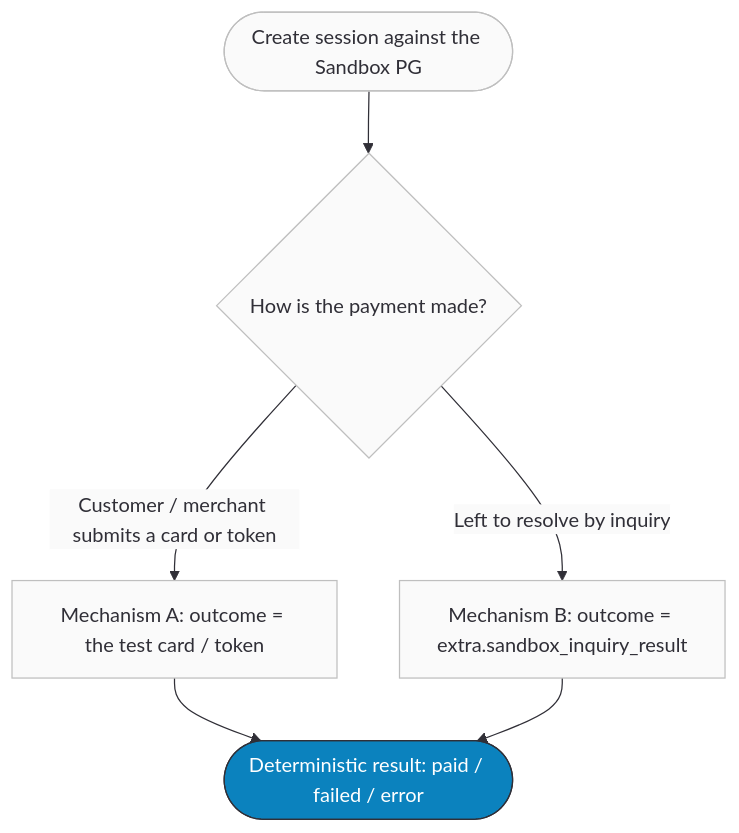
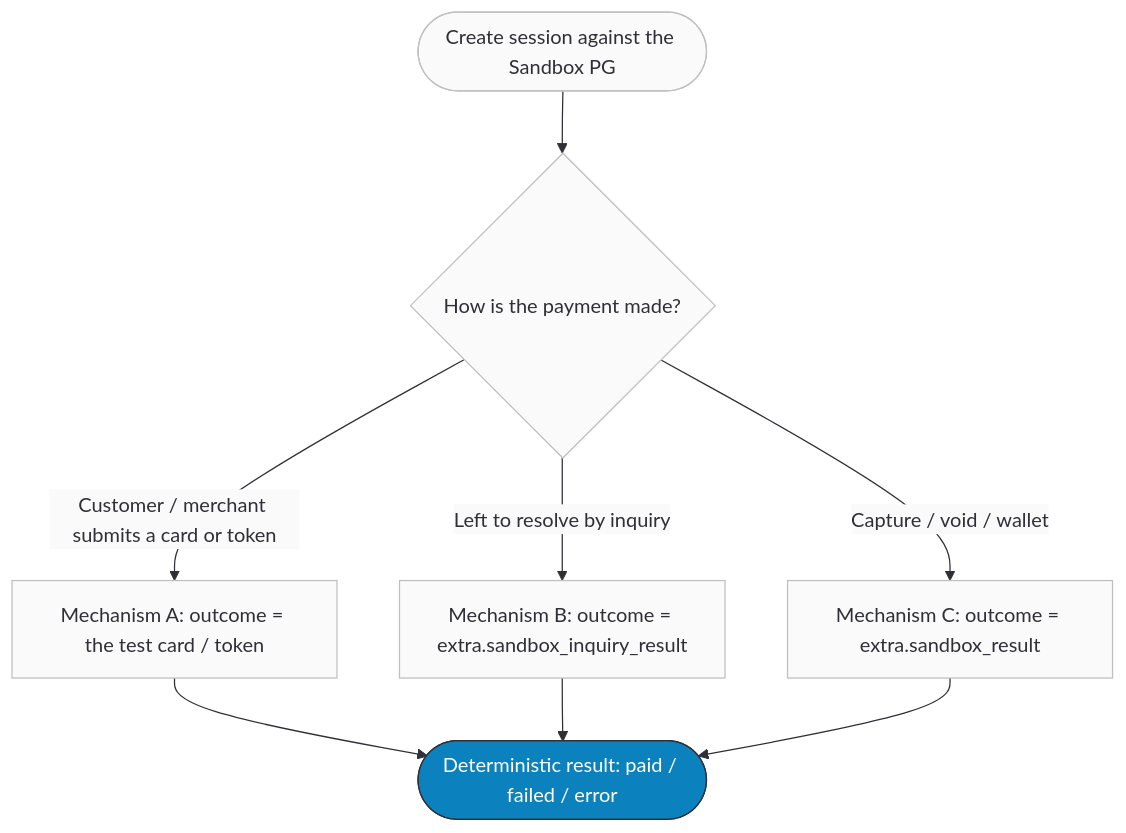
The first of 2 diagrams in docs/developers/payments/ottu-sandbox.mdx (ottuco/docs), drawn with Mermaid before and after one commit. The commit also changed other lines of this file, not shown here.

First line of the commit message:
docs(payments): document mimic PG + capture/void/wallets on Ottu Sandbox

````diff
--- a/docs/developers/payments/ottu-sandbox.mdx
+++ b/docs/developers/payments/ottu-sandbox.mdx
@@ -43,12 +45,14 @@
 ```mermaid
 %%{init: {"theme": "base", "themeVariables": {"background": "#F4F4F4", "primaryColor": "#FAFAFA", "primaryTextColor": "#302F37", "primaryBorderColor": "#BFBFBF", "lineColor": "#302F37", "secondaryColor": "#FAFAFA", "tertiaryColor": "#FAFAFA"}}}%%
 graph TD
     A([Create session against the Sandbox PG]) --> B{How is the payment made?}
     B -->|Customer / merchant submits a card or token| C[Mechanism A: outcome = the test card / token]
     B -->|Left to resolve by inquiry| D[Mechanism B: outcome = extra.sandbox_inquiry_result]
+    B -->|Capture / void / wallet| F[Mechanism C: outcome = extra.sandbox_result]
     C --> E([Deterministic result: paid / failed / error])
     D --> E
+    F --> E
 
     classDef accent fill:#0B82BE,color:#FFFFFF,stroke:#302F37
     class E accent
 ```
````
